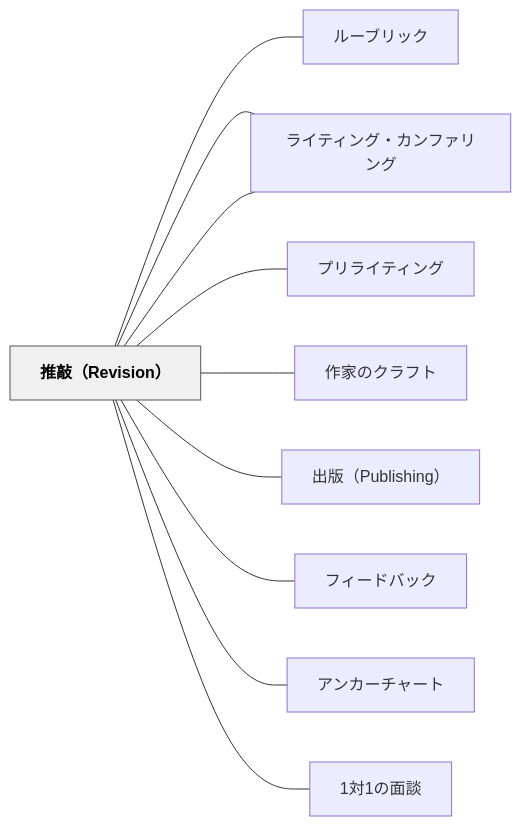
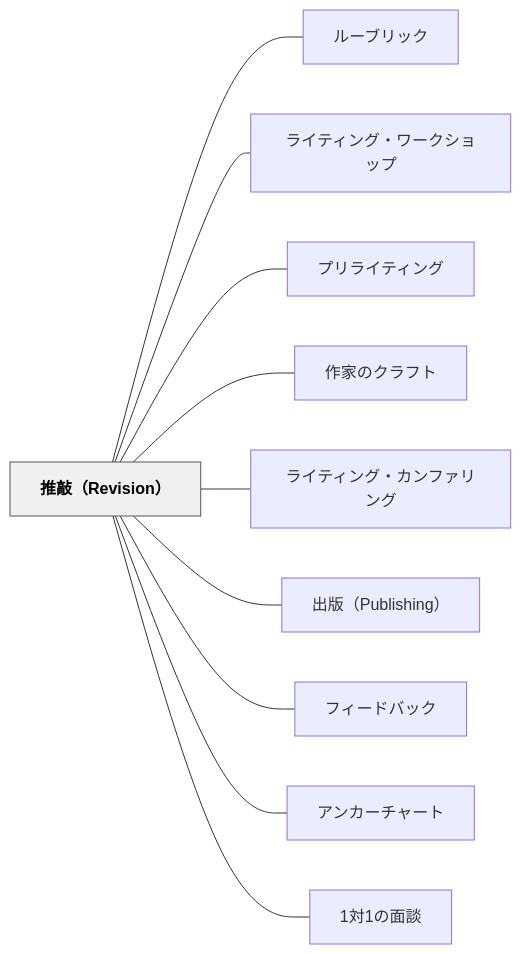
The diagram in content/パタン/推敲（Revision）.md (unknownthings-ed-patterns/unknownthings-ed-patterns), drawn with Mermaid before and after one commit. The commit also changed 527 other files, not shown here.

````diff
--- a/content/パタン/推敲（Revision）.md
+++ b/content/パタン/推敲（Revision）.md
@@ -174,26 +174,26 @@
 ```mermaid
 flowchart LR
-    ne68ea8e695b2["推敲（Revision）"]
-    ne383abe383bc["ルーブリック"]
-    ne383a9e382a4["ライティング・ワークショップ"]
-    ne38397e383aa["プリライティング"]
-    ne4bd9ce5aeb6["作家のクラフト"]
-    ne383a9e382a4["ライティング・カンファリング"]
-    ne587bae78988["出版（Publishing）"]
-    ne38395e382a3["フィードバック"]
-    ne382a2e383b3["アンカーチャート"]
-    n31e5afbe31e3["1対1の面談"]
+    ne68ea8e695b2efbc885265766973696f6eefbc89["推敲（Revision）"]
+    ne383abe383bce38396e383aae38383e382af["ルーブリック"]
+    ne383a9e382a4e38386e382a3e383b3e382b0e383bbe383afe383bce382afe382b7e383a7e38383e38397["ライティング・ワークショップ"]
+    ne38397e383aae383a9e382a4e38386e382a3e383b3e382b0["プリライティング"]
+    ne4bd9ce5aeb6e381aee382afe383a9e38395e38388["作家のクラフト"]
+    ne383a9e382a4e38386e382a3e383b3e382b0e383bbe382abe383b3e38395e382a1e383aae383b3e382b0["ライティング・カンファリング"]
+    ne587bae78988efbc885075626c697368696e67efbc89["出版（Publishing）"]
+    ne38395e382a3e383bce38389e38390e38383e382af["フィードバック"]
+    ne382a2e383b3e382abe383bce38381e383a3e383bce38388["アンカーチャート"]
+    n31e5afbe31e381aee99da2e8ab87["1対1の面談"]
 
-    ne68ea8e695b2 --- ne383abe383bc
-    ne68ea8e695b2 --- ne383a9e382a4
-    ne68ea8e695b2 --- ne38397e383aa
-    ne68ea8e695b2 --- ne4bd9ce5aeb6
-    ne68ea8e695b2 --- ne383a9e382a4
-    ne68ea8e695b2 --- ne587bae78988
-    ne68ea8e695b2 --- ne38395e382a3
-    ne68ea8e695b2 --- ne382a2e383b3
-    ne68ea8e695b2 --- n31e5afbe31e3
+    ne68ea8e695b2efbc885265766973696f6eefbc89 --- ne383abe383bce38396e383aae38383e382af
+    ne68ea8e695b2efbc885265766973696f6eefbc89 --- ne383a9e382a4e38386e382a3e383b3e382b0e383bbe383afe383bce382afe382b7e383a7e38383e38397
+    ne68ea8e695b2efbc885265766973696f6eefbc89 --- ne38397e383aae383a9e382a4e38386e382a3e383b3e382b0
+    ne68ea8e695b2efbc885265766973696f6eefbc89 --- ne4bd9ce5aeb6e381aee382afe383a9e38395e38388
+    ne68ea8e695b2efbc885265766973696f6eefbc89 --- ne383a9e382a4e38386e382a3e383b3e382b0e383bbe382abe383b3e38395e382a1e383aae383b3e382b0
+    ne68ea8e695b2efbc885265766973696f6eefbc89 --- ne587bae78988efbc885075626c697368696e67efbc89
+    ne68ea8e695b2efbc885265766973696f6eefbc89 --- ne38395e382a3e383bce38389e38390e38383e382af
+    ne68ea8e695b2efbc885265766973696f6eefbc89 --- ne382a2e383b3e382abe383bce38381e383a3e383bce38388
+    ne68ea8e695b2efbc885265766973696f6eefbc89 --- n31e5afbe31e381aee99da2e8ab87
 
     classDef hub fill:#f0f0f0,stroke:#555,color:#000,font-weight:bold
-    class ne68ea8e695b2 hub
+    class ne68ea8e695b2efbc885265766973696f6eefbc89 hub
 ```
````
